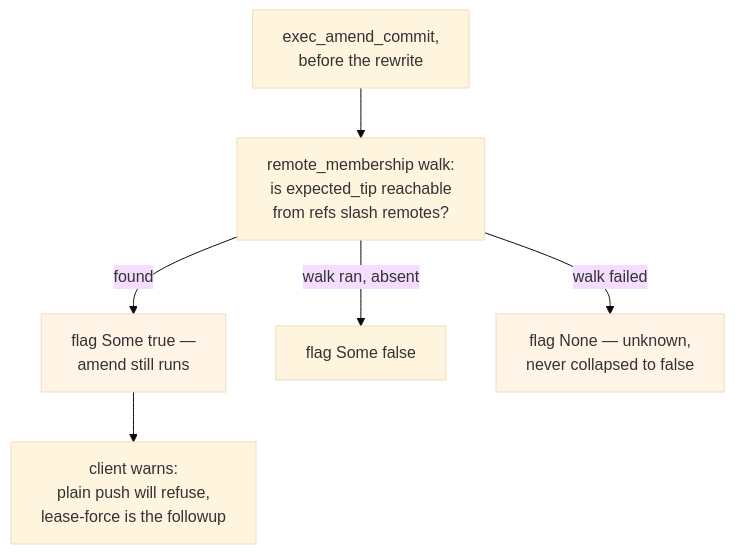
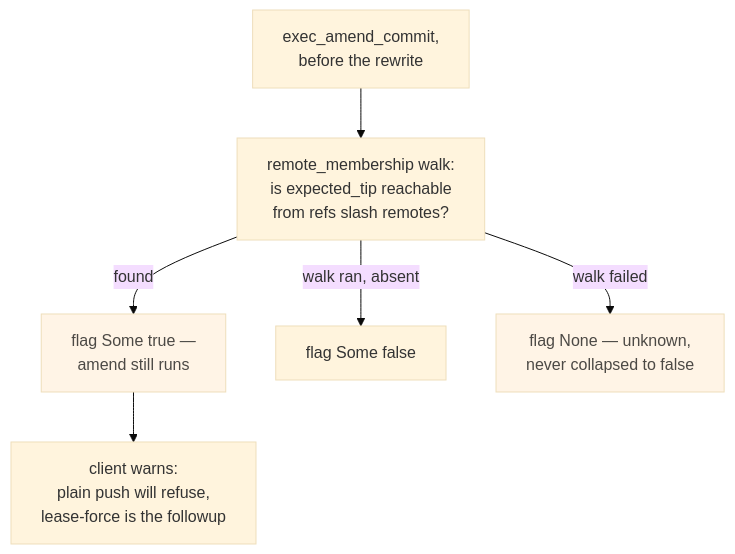
The fourth of 7 diagrams in docs/adr/0040-amend-execution.md (tom2025b/git-vista), drawn with Mermaid (base theme) before and after one commit. The commit also changed other lines of this file and 21 other files, not shown here.

````diff
--- a/docs/adr/0040-amend-execution.md
+++ b/docs/adr/0040-amend-execution.md
@@ -153,10 +153,10 @@
 ```mermaid
 flowchart TD
     A["exec_amend_commit,<br/>before the rewrite"] --> B["remote_membership walk:<br/>is expected_tip reachable<br/>from refs slash remotes?"]
     B -->|"found"| C["flag Some true —<br/>amend still runs"]
     B -->|"walk ran, absent"| D["flag Some false"]
     B -->|"walk failed"| E["flag None — unknown,<br/>never collapsed to false"]
     C --> F["client warns:<br/>plain push will refuse,<br/>lease-force is the followup"]
-    style C fill:#fff4e6
-    style E fill:#fff4e6
+    style C fill:#fff4e6,color:#4c4945
+    style E fill:#fff4e6,color:#4c4945
 ```
````
